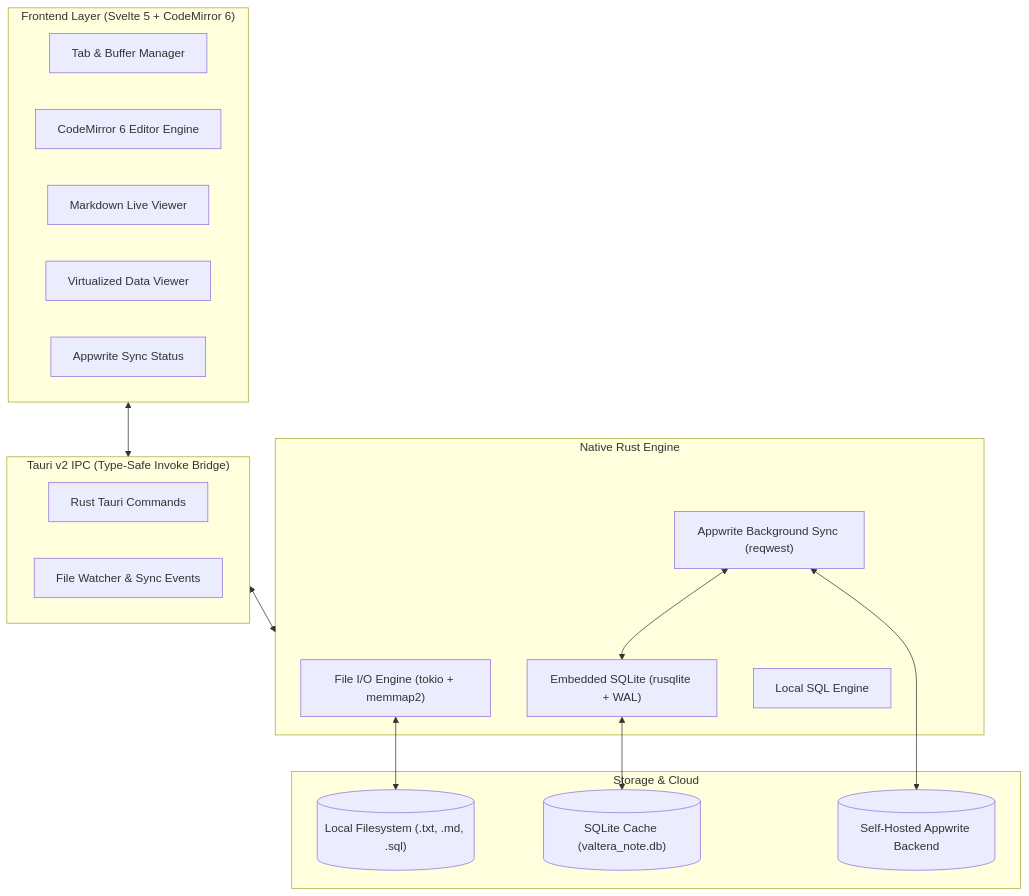
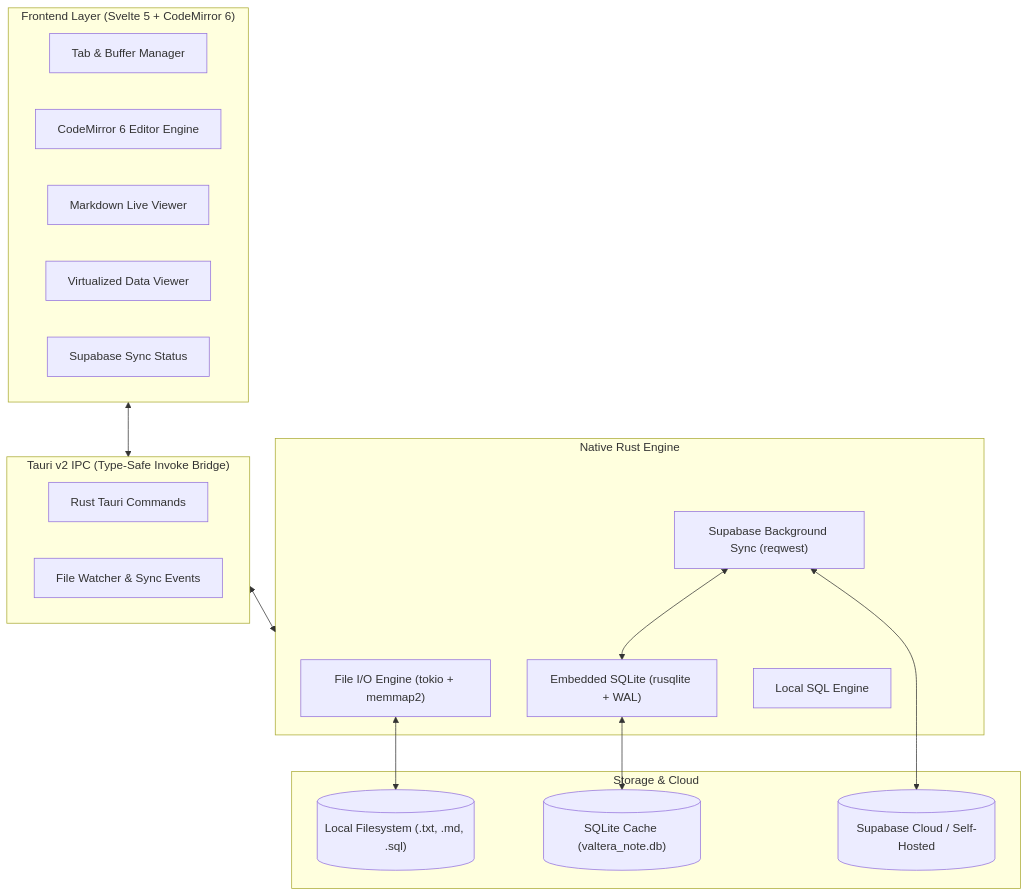
One commit to danikz/valtera-note changed the diagram in README.md. Above: the diagram before and after it, drawn with Mermaid. The commit also changed other lines of this file and 24 other files, not shown here.

Commit message:
feat: migrate cloud sync backend from Appwrite to Supabase (PostgreSQL + PostgREST + GoTrue Auth)

````diff
--- a/README.md
+++ b/README.md
@@ -86,35 +86,35 @@
 ```mermaid
 flowchart TB
     subgraph Frontend["Frontend Layer (Svelte 5 + CodeMirror 6)"]
         TabManager["Tab & Buffer Manager"]
         CM6Core["CodeMirror 6 Editor Engine"]
         MDViewer["Markdown Live Viewer"]
         DataGrid["Virtualized Data Viewer"]
-        SyncIndicator["Appwrite Sync Status"]
+        SyncIndicator["Supabase Sync Status"]
     end
 
     subgraph IPC["Tauri v2 IPC (Type-Safe Invoke Bridge)"]
         Commands["Rust Tauri Commands"]
         Events["File Watcher & Sync Events"]
     end
 
     subgraph Backend["Native Rust Engine"]
         FSService["File I/O Engine (tokio + memmap2)"]
         DBService["Embedded SQLite (rusqlite + WAL)"]
-        SyncEngine["Appwrite Background Sync (reqwest)"]
+        SyncEngine["Supabase Background Sync (reqwest)"]
         SQLRunner["Local SQL Engine"]
     end
 
     subgraph Storage["Storage & Cloud"]
         DiskFiles[("Local Filesystem (.txt, .md, .sql)")]
         LocalDB[("SQLite Cache (valtera_note.db)")]
-        AppwriteCloud[("Self-Hosted Appwrite Backend")]
+        SupabaseCloud[("Supabase Cloud / Self-Hosted")]
     end
 
     Frontend <--> IPC
     IPC <--> Backend
     FSService <--> DiskFiles
     DBService <--> LocalDB
-    SyncEngine <--> AppwriteCloud
+    SyncEngine <--> SupabaseCloud
     SyncEngine <--> DBService
 ```
````
